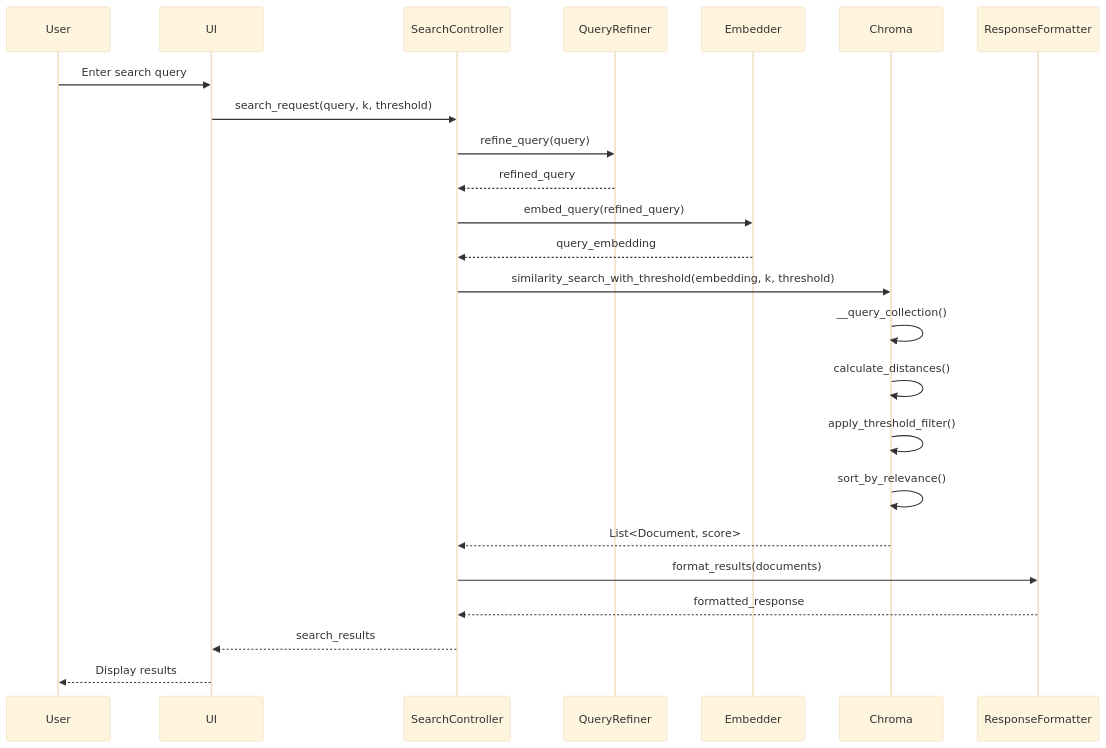
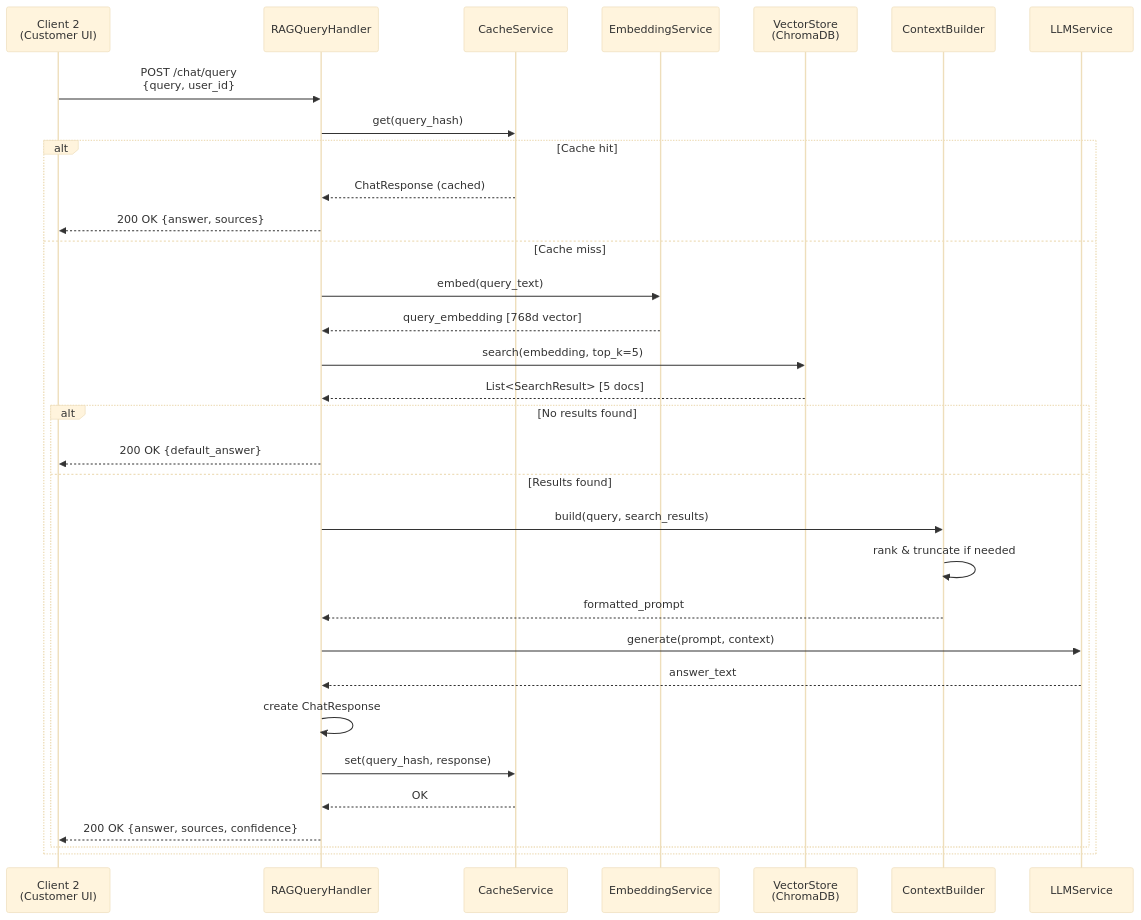
The fourth of 13 diagrams in README.md (tvanle/Module2-HTTM), drawn with Mermaid (base theme) before and after one commit. The commit also changed other lines of this file, not shown here.

````diff
--- a/README.md
+++ b/README.md
@@ -332,34 +380,41 @@
 ```mermaid
 sequenceDiagram
-    participant User
-    participant UI
-    participant SearchController
-    participant QueryRefiner
-    participant Embedder
-    participant VectorDB as Chroma
-    participant ResponseFormatter
+    participant C as Client 2<br/>(Customer UI)
+    participant API as RAGQueryHandler
+    participant Cache as CacheService
+    participant Embed as EmbeddingService
+    participant VDB as VectorStore<br/>(ChromaDB)
+    participant CTX as ContextBuilder
+    participant LLM as LLMService
 
-    User->>UI: Enter search query
-    UI->>SearchController: search_request(query, k, threshold)
+    C->>API: POST /chat/query<br/>{query, user_id}
 
-    SearchController->>QueryRefiner: refine_query(query)
-    QueryRefiner-->>SearchController: refined_query
+    API->>Cache: get(query_hash)
+    alt Cache hit
+        Cache-->>API: ChatResponse (cached)
+        API-->>C: 200 OK {answer, sources}
+    else Cache miss
+        API->>Embed: embed(query_text)
+        Embed-->>API: query_embedding [768d vector]
 
-    SearchController->>Embedder: embed_query(refined_query)
-    Embedder-->>SearchController: query_embedding
+        API->>VDB: search(embedding, top_k=5)
+        VDB-->>API: List<SearchResult> [5 docs]
 
-    SearchController->>VectorDB: similarity_search_with_threshold(embedding, k, threshold)
+        alt No results found
+            API-->>C: 200 OK {default_answer}
+        else Results found
+            API->>CTX: build(query, search_results)
+            CTX->>CTX: rank & truncate if needed
+            CTX-->>API: formatted_prompt
 
-    VectorDB->>VectorDB: __query_collection()
-    VectorDB->>VectorDB: calculate_distances()
-    VectorDB->>VectorDB: apply_threshold_filter()
-    VectorDB->>VectorDB: sort_by_relevance()
+            API->>LLM: generate(prompt, context)
+            LLM-->>API: answer_text
 
-    VectorDB-->>SearchController: List<Document, score>
+            API->>API: create ChatResponse
+            API->>Cache: set(query_hash, response)
+            Cache-->>API: OK
 
-    SearchController->>ResponseFormatter: format_results(documents)
-    ResponseFormatter-->>SearchController: formatted_response
-
-    SearchController-->>UI: search_results
-    UI-->>User: Display results
+            API-->>C: 200 OK {answer, sources, confidence}
+        end
+    end
 ```
````
